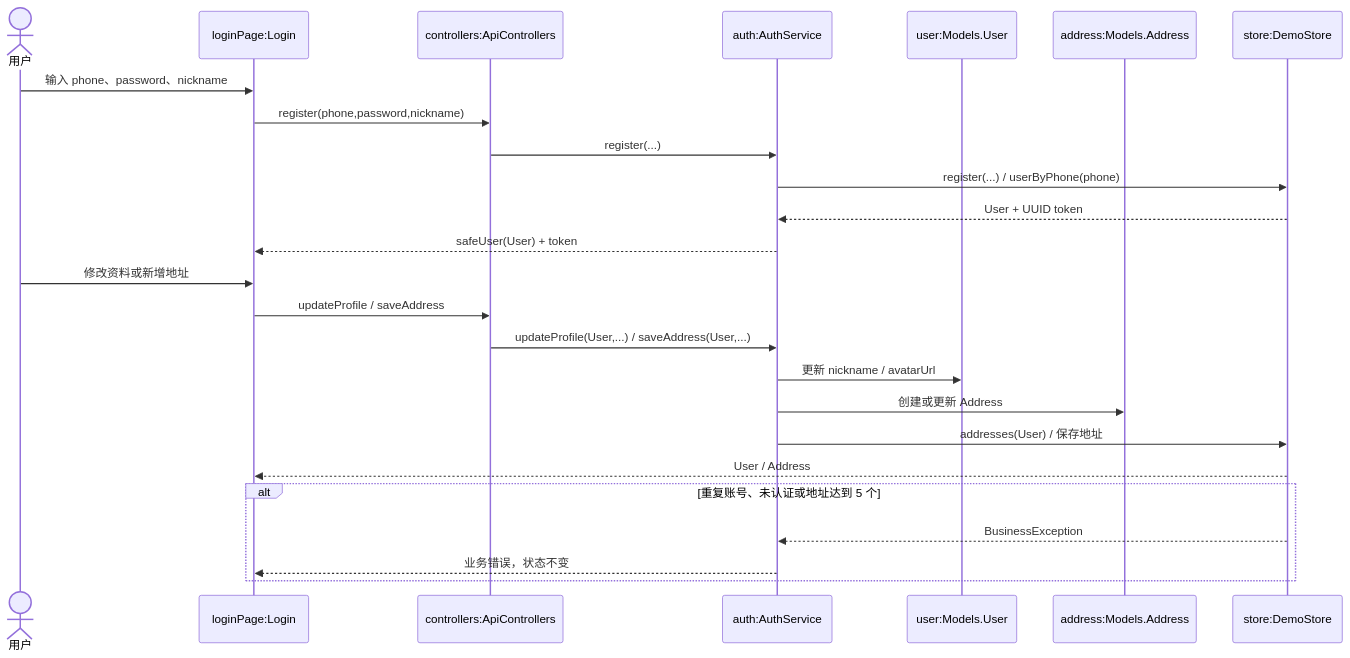
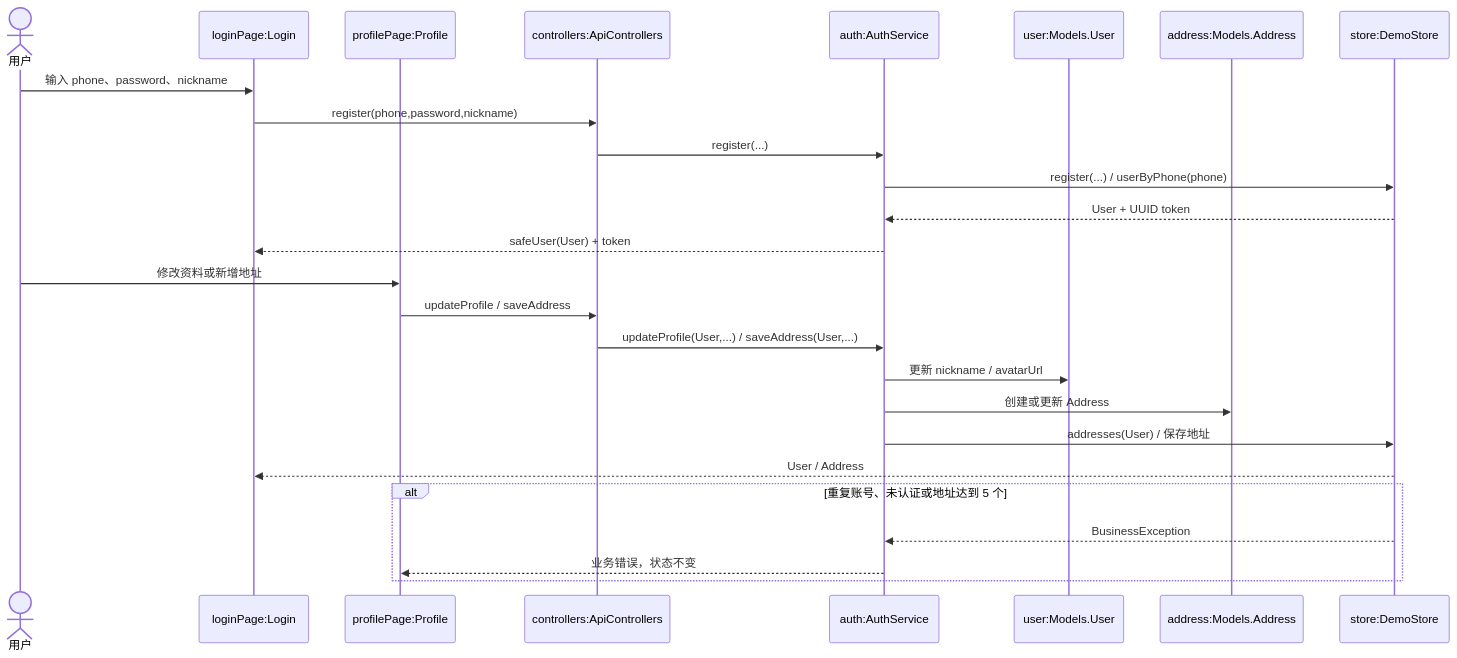
Before and after one commit to daihao007/Lumalife: the third of 3 diagrams in docs/diagrams/d03/CR-01-三层模型.md, drawn with Mermaid. The commit also changed other lines of this file and 25 other files, not shown here.

````diff
--- a/docs/diagrams/d03/CR-01-三层模型.md
+++ b/docs/diagrams/d03/CR-01-三层模型.md
@@ -47,27 +53,28 @@
 ```mermaid
 sequenceDiagram
     actor User as 用户
     participant Login as loginPage:Login
+    participant Profile as profilePage:Profile
     participant Ctrl as controllers:ApiControllers
     participant Auth as auth:AuthService
     participant UserObj as user:Models.User
     participant AddressObj as address:Models.Address
     participant Store as store:DemoStore
     User->>Login: 输入 phone、password、nickname
     Login->>Ctrl: register(phone,password,nickname)
     Ctrl->>Auth: register(...)
     Auth->>Store: register(...) / userByPhone(phone)
     Store-->>Auth: User + UUID token
     Auth-->>Login: safeUser(User) + token
-    User->>Login: 修改资料或新增地址
-    Login->>Ctrl: updateProfile / saveAddress
+    User->>Profile: 修改资料或新增地址
+    Profile->>Ctrl: updateProfile / saveAddress
     Ctrl->>Auth: updateProfile(User,...) / saveAddress(User,...)
     Auth->>UserObj: 更新 nickname / avatarUrl
     Auth->>AddressObj: 创建或更新 Address
     Auth->>Store: addresses(User) / 保存地址
     Store-->>Login: User / Address
     alt 重复账号、未认证或地址达到 5 个
         Store-->>Auth: BusinessException
-        Auth-->>Login: 业务错误，状态不变
+        Auth-->>Profile: 业务错误，状态不变
     end
 ```
````
